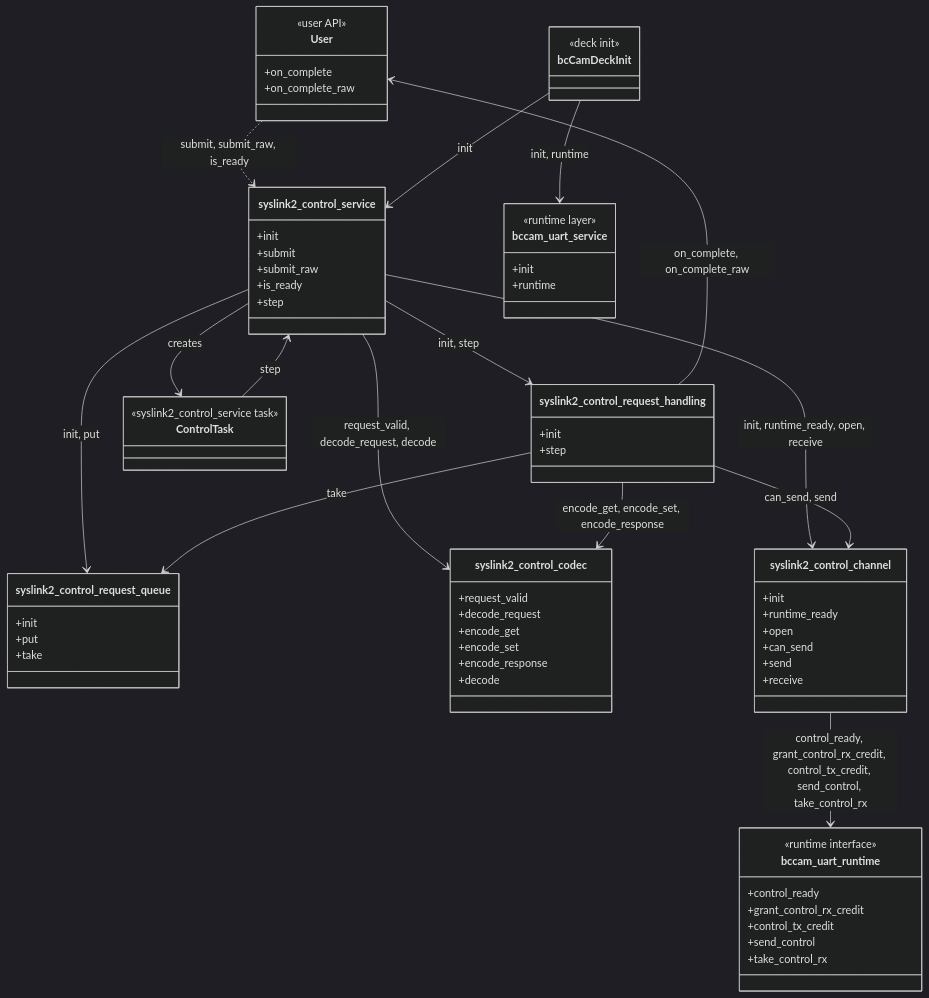
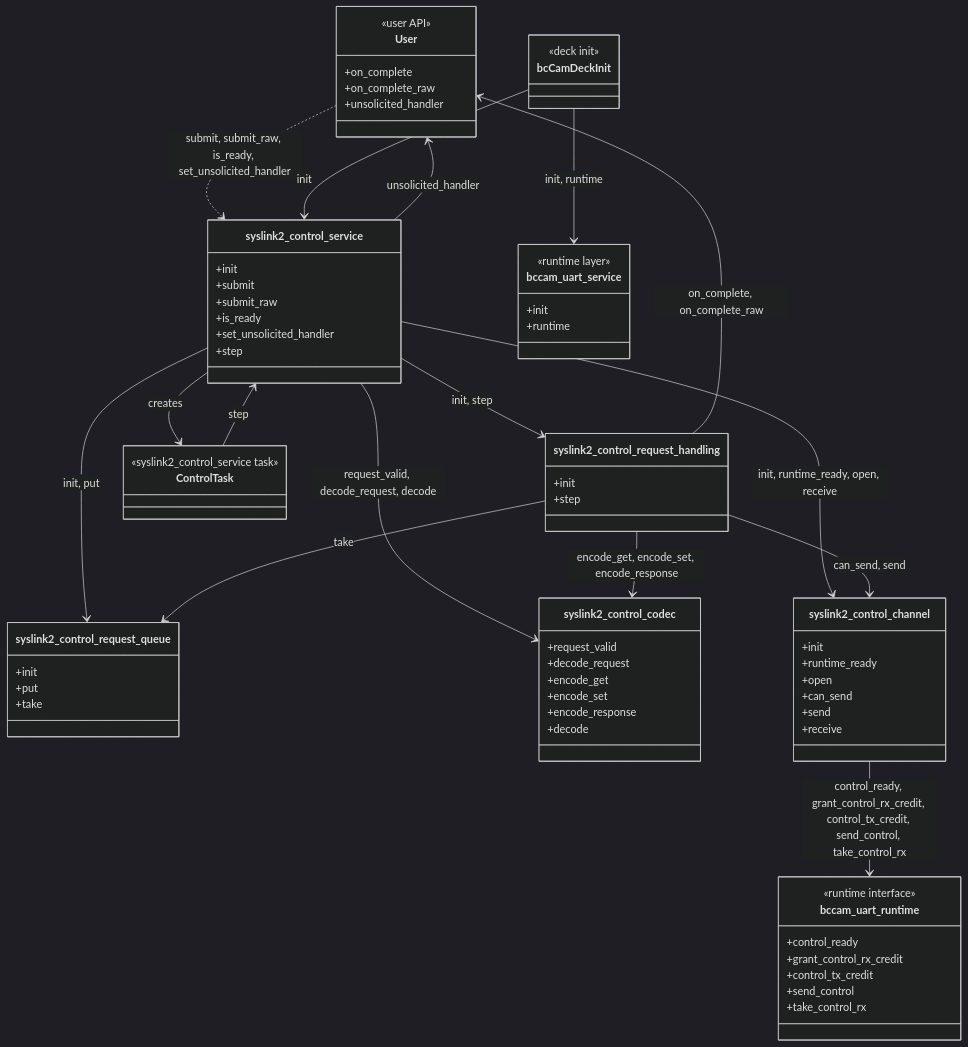
The first of 10 diagrams in docs/functional-areas/camera-deck-control.md (bitcraze/crazyflie-firmware), drawn with Mermaid (dark theme) before and after one commit. The commit also changed other lines of this file and 2 other files, not shown here.

Commit message:
Fill gaps in design doc for control service

```diff
--- a/docs/functional-areas/camera-deck-control.md
+++ b/docs/functional-areas/camera-deck-control.md
@@ -179,6 +179,7 @@
         <<user API>>
         +on_complete
         +on_complete_raw
+        +unsolicited_handler
     }
 
     class syslink2_control_service {
@@ -186,6 +187,7 @@
         +submit
         +submit_raw
         +is_ready
+        +set_unsolicited_handler
         +step
     }
 
@@ -241,7 +243,8 @@
         <<deck init>>
     }
 
-    User ..> syslink2_control_service : submit, submit_raw, is_ready
+    User ..> syslink2_control_service : submit, submit_raw, is_ready, set_unsolicited_handler
+    syslink2_control_service --> User : unsolicited_handler
     bcCamDeckInit --> bccam_uart_service : init, runtime
     bcCamDeckInit --> syslink2_control_service : init
     syslink2_control_service --> ControlTask : creates
```
